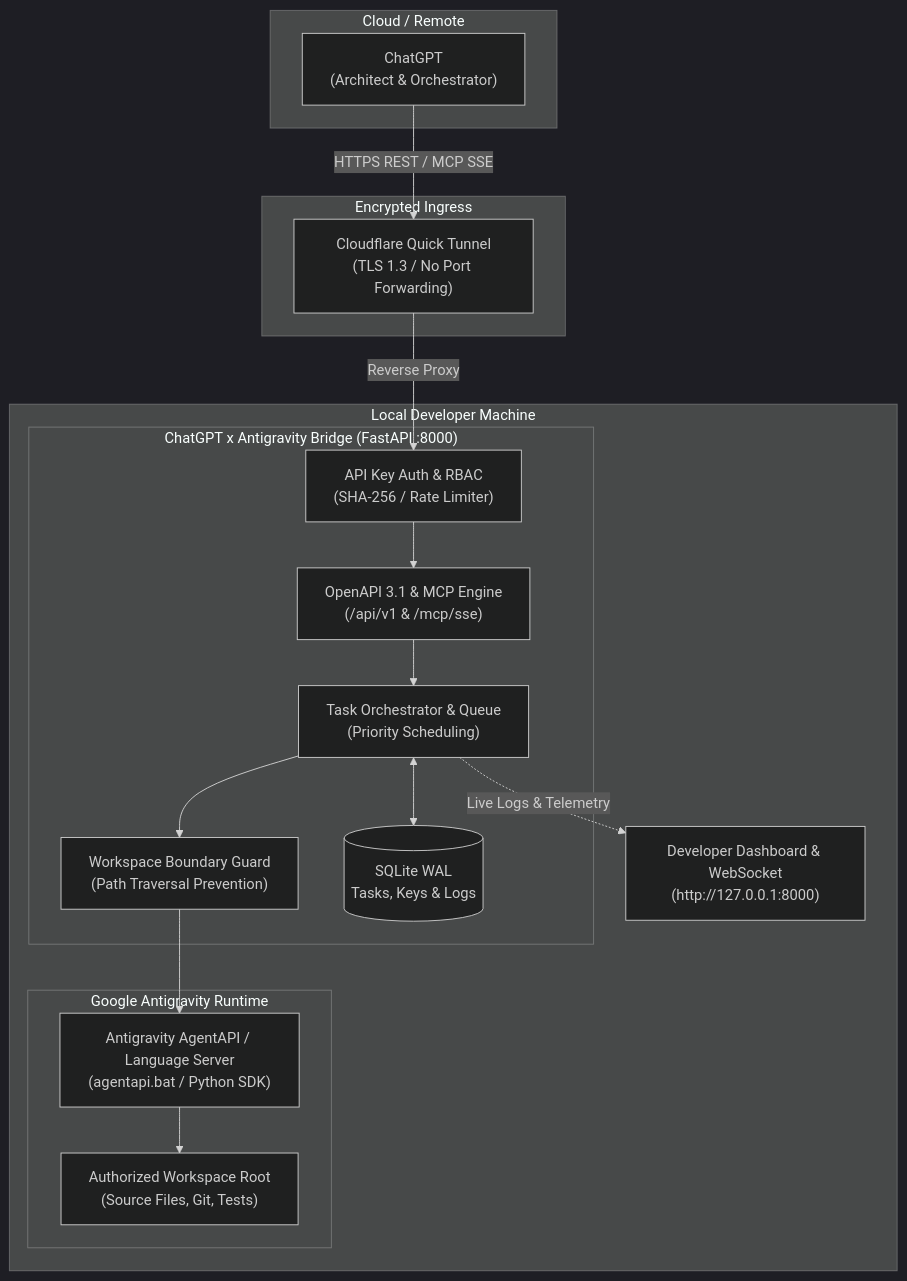
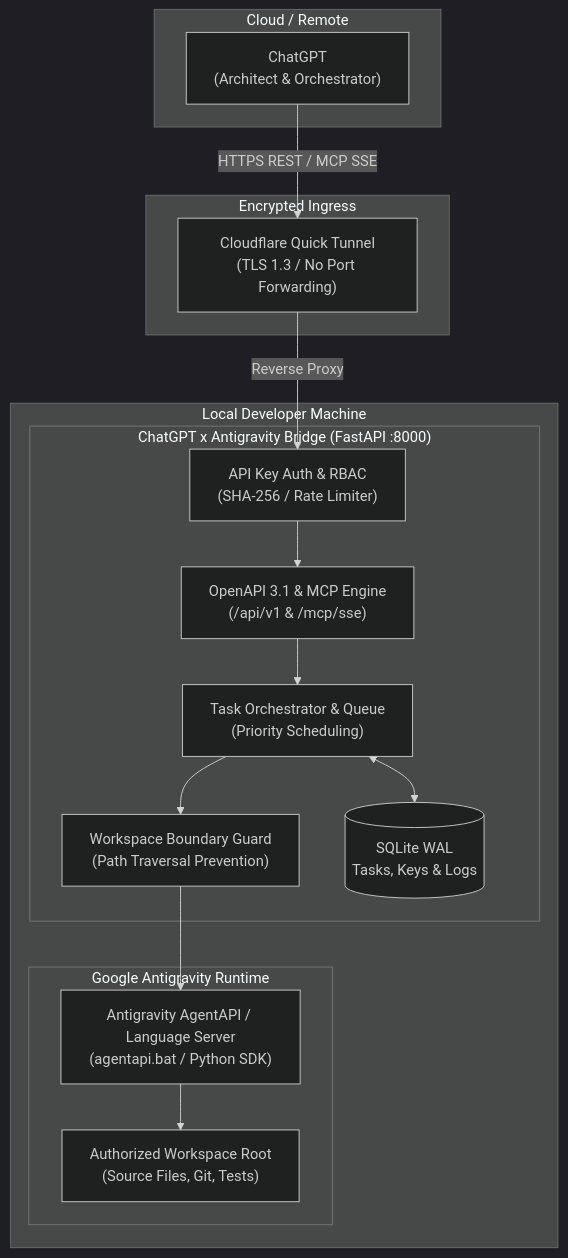
The first of 2 diagrams in README.md (aiengmohamedtayal-netizen/ChatGPT-Antigravity-Bridge), drawn with Mermaid (dark theme) before and after one commit. The commit also changed other lines of this file and 12 other files, not shown here.

Commit message:
refactor: streamline into pure headless architecture by removing static dashboard and landing UI

````diff
--- a/README.md
+++ b/README.md
@@ -26,37 +26,34 @@
 ```mermaid
 flowchart TD
     subgraph Remote["Cloud / Remote"]
         ChatGPT["ChatGPT<br/>(Architect & Orchestrator)"]
     end
 
     subgraph Tunnel["Encrypted Ingress"]
         CF["Cloudflare Quick Tunnel<br/>(TLS 1.3 / No Port Forwarding)"]
     end
 
     subgraph LocalMachine["Local Developer Machine"]
         subgraph BridgeCore["ChatGPT x Antigravity Bridge (FastAPI :8000)"]
             Auth["API Key Auth & RBAC<br/>(SHA-256 / Rate Limiter)"]
             Router["OpenAPI 3.1 & MCP Engine<br/>(/api/v1 & /mcp/sse)"]
             Orchestrator["Task Orchestrator & Queue<br/>(Priority Scheduling)"]
             Boundary["Workspace Boundary Guard<br/>(Path Traversal Prevention)"]
             DB[(SQLite WAL<br/>Tasks, Keys & Logs)]
         end
 
         subgraph LocalAgent["Google Antigravity Runtime"]
             AgentAPI["Antigravity AgentAPI / Language Server<br/>(agentapi.bat / Python SDK)"]
             Workspace["Authorized Workspace Root<br/>(Source Files, Git, Tests)"]
         end
-
-        Dashboard["Developer Dashboard & WebSocket<br/>(http://127.0.0.1:8000)"]
     end
 
     ChatGPT -->|"HTTPS REST / MCP SSE"| CF
     CF -->|"Reverse Proxy"| Auth
     Auth --> Router
     Router --> Orchestrator
     Orchestrator --> Boundary
     Boundary --> AgentAPI
     AgentAPI --> Workspace
     Orchestrator <--> DB
-    Orchestrator -.->|"Live Logs & Telemetry"| Dashboard
 ```
````
